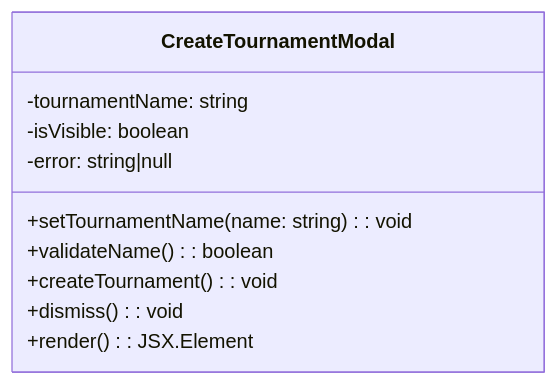
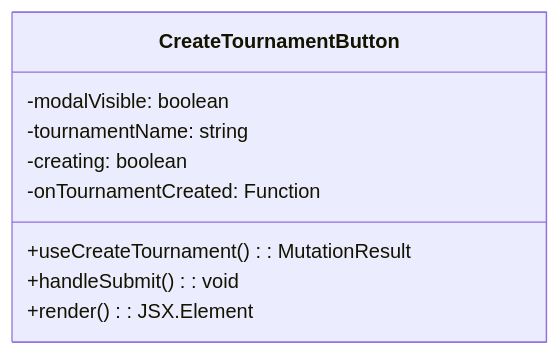
Diagram 22 of 38 in docs/Spring Quarter Deliverables/SDD.md (FencingSeniorDesign/client), drawn with Mermaid before and after one commit. The commit also changed other lines of this file, not shown here.

````diff
--- a/docs/Spring Quarter Deliverables/SDD.md
+++ b/docs/Spring Quarter Deliverables/SDD.md
@@ -866,13 +946,12 @@
 ```mermaid
 classDiagram
-    class CreateTournamentModal {
+    class CreateTournamentButton {
+        -modalVisible: boolean
         -tournamentName: string
-        -isVisible: boolean
-        -error: string|null
-        +setTournamentName(name: string): void
-        +validateName(): boolean
-        +createTournament(): void
-        +dismiss(): void
+        -creating: boolean
+        -onTournamentCreated: Function
+        +useCreateTournament(): MutationResult
+        +handleSubmit(): void
         +render(): JSX.Element
     }
 ```
````
